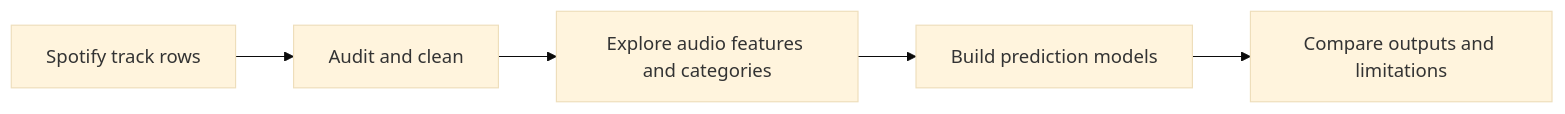
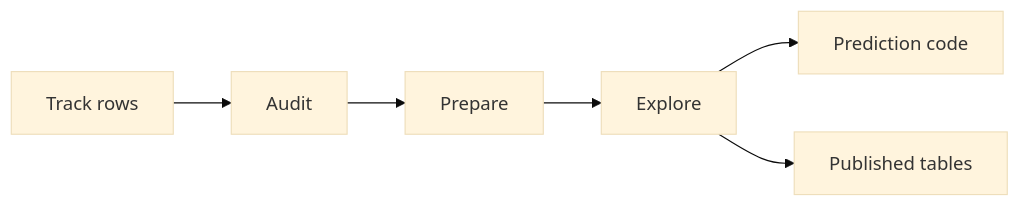
Before and after one commit to 3bdosh70/PFDA-assignment-G25: the diagram in README.md, drawn with Mermaid (base theme). The commit also changed other lines of this file and 1 other file, not shown here.

Commit message:
Add correlation chart and reader path to Spotify README

````diff
--- a/README.md
+++ b/README.md
@@ -13,7 +27,8 @@
 ```mermaid
 flowchart LR
-    Data[Spotify track rows] --> Audit[Audit and clean]
-    Audit --> Explore[Explore audio features and categories]
-    Explore --> Model[Build prediction models]
-    Model --> Review[Compare outputs and limitations]
+    Raw[Track rows] --> Audit[Audit]
+    Audit --> Prepare[Prepare]
+    Prepare --> Explore[Explore]
+    Explore --> Predict[Prediction code]
+    Explore --> Tables[Published tables]
 ```
````
